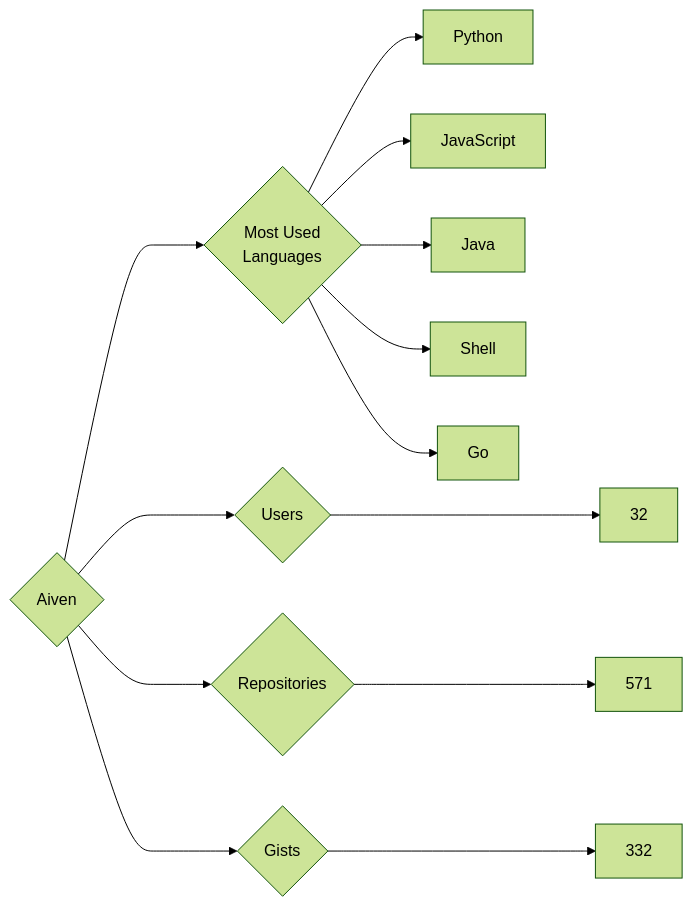
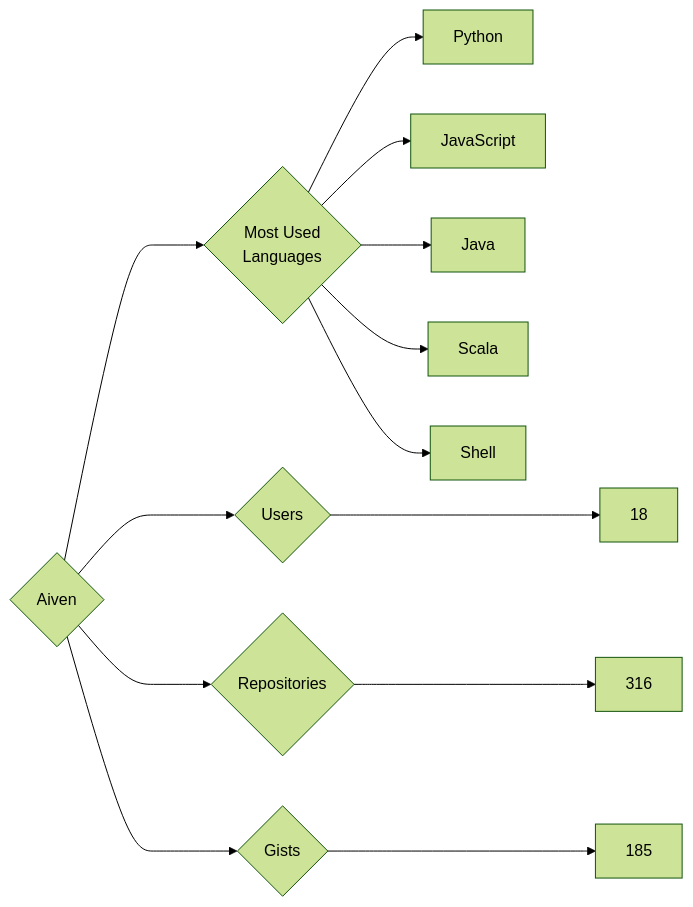
The diagram in targets/Aiven/README.md (trickest/insiders), drawn with Mermaid (forest theme) before and after one commit. The commit also changed 872 other files, not shown here.

````diff
--- a/targets/Aiven/README.md
+++ b/targets/Aiven/README.md
@@ -3,13 +3,13 @@
 ```mermaid
 graph LR
 COMPANY_NAME{Aiven}
-COMPANY_NAME ---> U{Users} ---> UN[32]
-COMPANY_NAME ---> R{Repositories} ---> RN[571]
-COMPANY_NAME ---> G{Gists} ---> GN[332]
+COMPANY_NAME ---> U{Users} ---> UN[18]
+COMPANY_NAME ---> R{Repositories} ---> RN[316]
+COMPANY_NAME ---> G{Gists} ---> GN[185]
 COMPANY_NAME ---> ML{Most Used<br>Languages}
 ML --> Python[Python]
 ML --> JavaScript[JavaScript]
 ML --> Java[Java]
+ML --> Scala[Scala]
 ML --> Shell[Shell]
-ML --> Go[Go]
 ```
````
